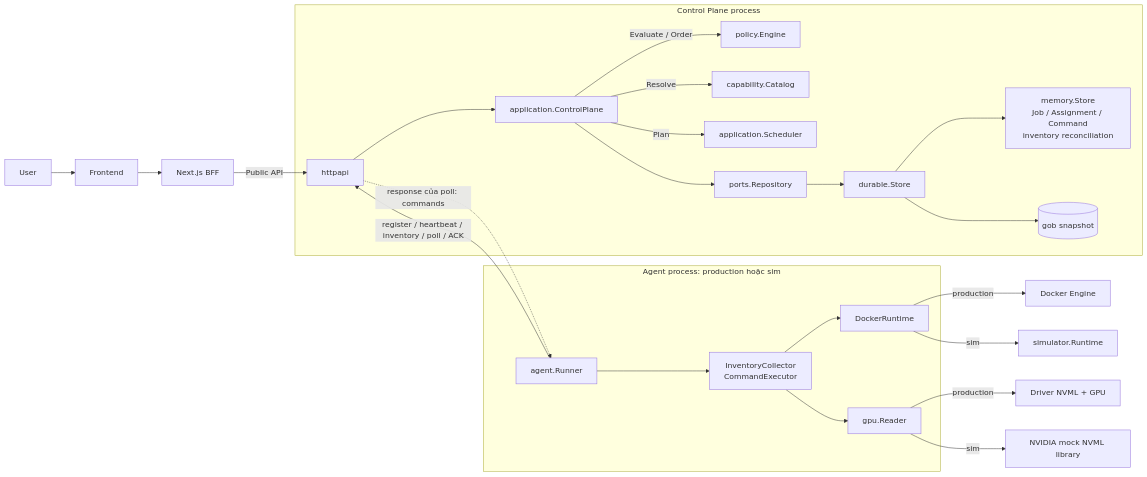
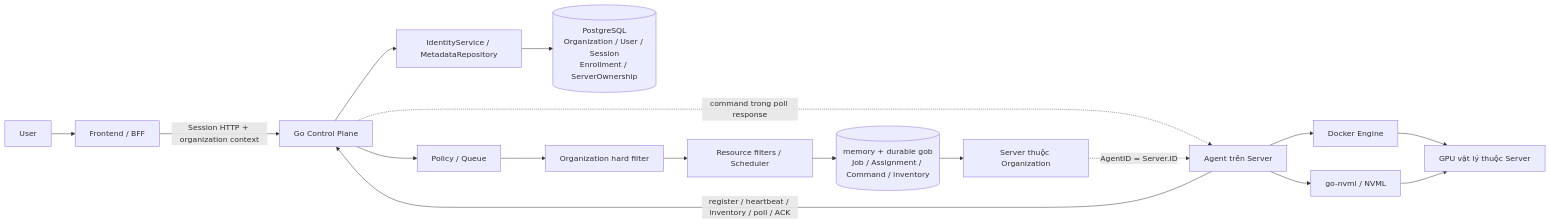
One commit to NgocDungK68/docker-gpu-server-platform changed the first of 14 diagrams in docs/SYSTEM_DESIGN.md. Above: the diagram before and after it, drawn with Mermaid. The commit also changed other lines of this file and 56 other files, not shown here.

```diff
--- a/docs/SYSTEM_DESIGN.md
+++ b/docs/SYSTEM_DESIGN.md
@@ -43,39 +43,19 @@
 ~~~mermaid
 flowchart LR
-    U["User"] --> UI["Frontend"]
-    UI --> BFF["Next.js BFF"]
-    subgraph CP["Control Plane process"]
-        API["httpapi"]
-        APP["application.ControlPlane"]
-        POL["policy.Engine"]
-        CAT["capability.Catalog"]
-        SCH["application.Scheduler"]
-        REP["ports.Repository"]
-        MEM["memory.Store<br/>Job / Assignment / Command<br/>inventory reconciliation"]
-        DUR["durable.Store"]
-        API --> APP
-        APP -->|Evaluate / Order| POL
-        APP -->|Resolve| CAT
-        APP -->|Plan| SCH
-        APP --> REP
-        REP --> DUR
-        DUR --> MEM
-        DUR --> DISK[("gob snapshot")]
-    end
-    BFF -->|Public API| API
-    subgraph AG["Agent process: production hoặc sim"]
-        RUN["agent.Runner"]
-        CORE["InventoryCollector<br/>CommandExecutor"]
-        DOCK["DockerRuntime"]
-        GPU["gpu.Reader"]
-        RUN --> CORE
-        CORE --> DOCK
-        CORE --> GPU
-    end
-    RUN -->|register / heartbeat / inventory / poll / ACK| API
-    API -.->|response của poll: commands| RUN
-    DOCK -->|production| REAL["Docker Engine"]
-    DOCK -->|sim| SIM["simulator.Runtime"]
-    GPU -->|production| NV["Driver NVML + GPU"]
-    GPU -->|sim| MOCK["NVIDIA mock NVML library"]
+    U["User"] --> FE["Frontend / BFF"]
+    FE -->|"Session HTTP + organization context"| CP["Go Control Plane"]
+    CP --> META["IdentityService / MetadataRepository"]
+    META --> PG[("PostgreSQL<br/>Organization / User / Session<br/>Enrollment / ServerOwnership")]
+    CP --> POL["Policy / Queue"]
+    POL --> ORG["Organization hard filter"]
+    ORG --> SCH["Resource filters / Scheduler"]
+    SCH --> RT[("memory + durable gob<br/>Job / Assignment / Command / inventory")]
+    RT --> OWN["Server thuộc Organization"]
+    AG["Agent trên Server"] -->|"register / heartbeat / inventory / poll / ACK"| CP
+    CP -.->|"command trong poll response"| AG
+    OWN -.->|"AgentID = Server.ID"| AG
+    AG --> D["Docker Engine"]
+    AG --> N["go-nvml / NVML"]
+    D --> G["GPU vật lý thuộc Server"]
+    N --> G
 ~~~
```
